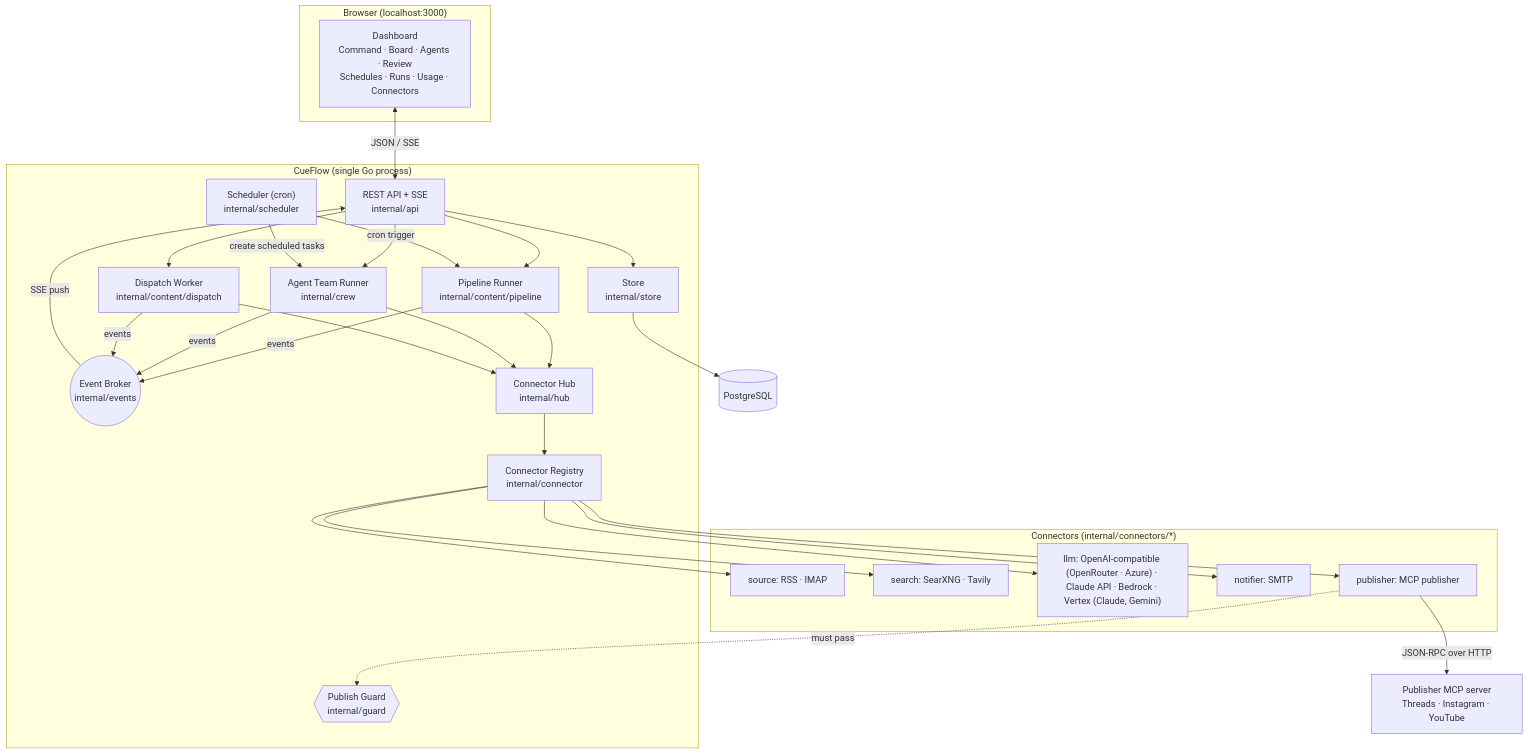
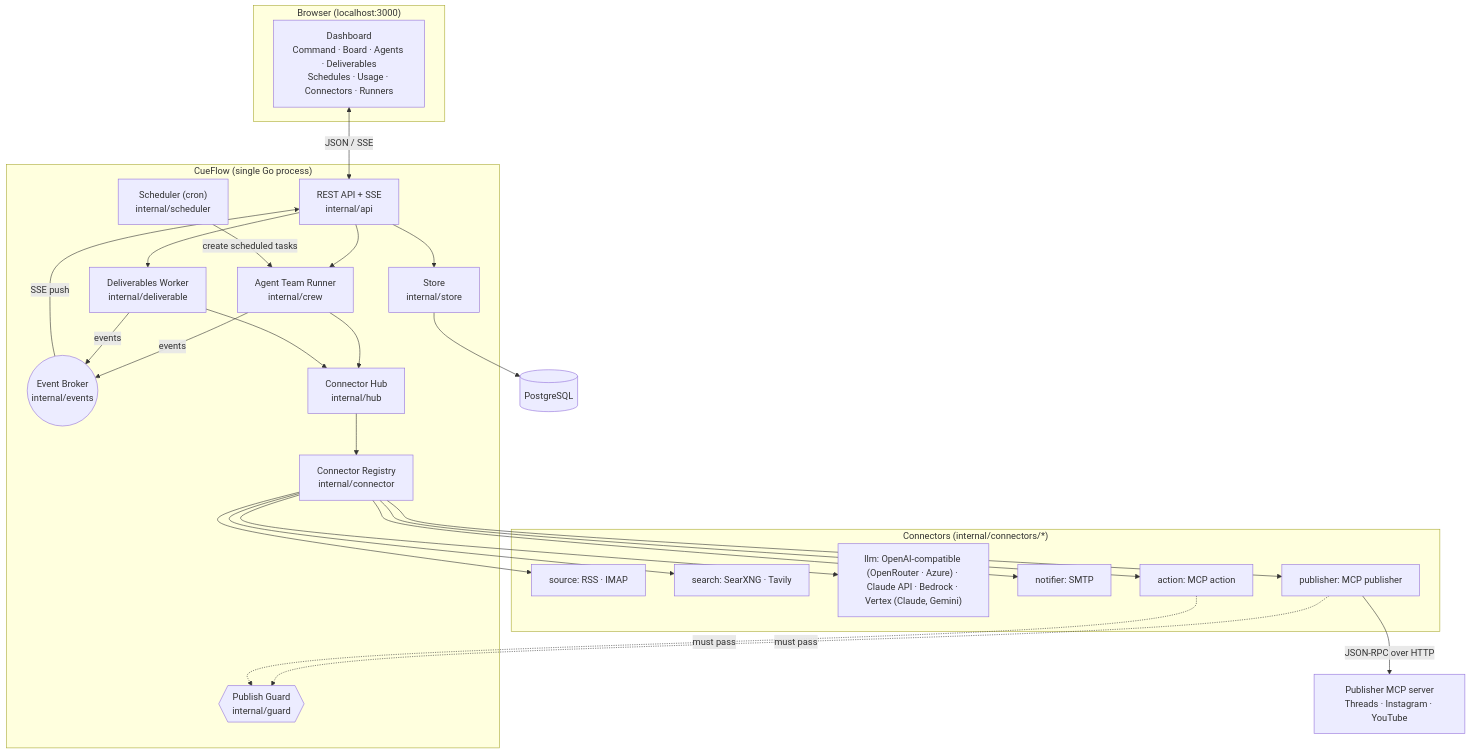
Before and after one commit to j75689/cueflow: the first of 6 diagrams in docs/architecture.md, drawn with Mermaid. The commit also changed other lines of this file and 14 other files, not shown here.

First line of the commit message:
refactor(store): drop the pipeline_runs leftovers and finish the deliverables vocabulary in the docs (#23)

````diff
--- a/docs/architecture.md
+++ b/docs/architecture.md
@@ -22,49 +22,46 @@
 ```mermaid
 flowchart TB
     subgraph Browser["Browser (localhost:3000)"]
-        UI["Dashboard<br/>Command · Board · Agents · Review<br/>Schedules · Runs · Usage · Connectors"]
+        UI["Dashboard<br/>Command · Board · Agents · Deliverables<br/>Schedules · Usage · Connectors · Runners"]
     end
 
     subgraph Core["CueFlow (single Go process)"]
         API["REST API + SSE<br/>internal/api"]
         Broker(("Event Broker<br/>internal/events"))
         Sched["Scheduler (cron)<br/>internal/scheduler"]
-        Pipe["Pipeline Runner<br/>internal/content/pipeline"]
         Crew["Agent Team Runner<br/>internal/crew"]
-        Disp["Dispatch Worker<br/>internal/content/dispatch"]
+        Deliv["Deliverables Worker<br/>internal/deliverable"]
         Hub["Connector Hub<br/>internal/hub"]
         Reg["Connector Registry<br/>internal/connector"]
         Guard{{"Publish Guard<br/>internal/guard"}}
         Store["Store<br/>internal/store"]
     end
 
     DB[("PostgreSQL")]
 
     subgraph Plugins["Connectors (internal/connectors/*)"]
         Src["source: RSS · IMAP"]
         Search["search: SearXNG · Tavily"]
         LLM["llm: OpenAI-compatible (OpenRouter · Azure) · Claude API · Bedrock · Vertex (Claude, Gemini)"]
         Notif["notifier: SMTP"]
         Pub["publisher: MCP publisher"]
+        Act["action: MCP action"]
     end
 
     Publisher["Publisher MCP server<br/>Threads · Instagram · YouTube"]
 
     UI <-->|"JSON / SSE"| API
     API --> Store
     API --> Crew
-    API --> Disp
-    API --> Pipe
+    API --> Deliv
     Broker -->|"SSE push"| API
-    Sched -->|"cron trigger"| Pipe
     Sched -->|"create scheduled tasks"| Crew
-    Pipe --> Hub
     Crew --> Hub
-    Disp --> Hub
+    Deliv --> Hub
     Hub --> Reg
-    Reg --> Src & Search & LLM & Notif & Pub
-    Pub -.->|"must pass"| Guard
+    Reg --> Src & Search & LLM & Notif & Pub & Act
+    Pub & Act -.->|"must pass"| Guard
     Pub -->|"JSON-RPC over HTTP"| Publisher
     Store --> DB
-    Pipe & Crew & Disp -->|"events"| Broker
+    Crew & Deliv -->|"events"| Broker
 ```
````
